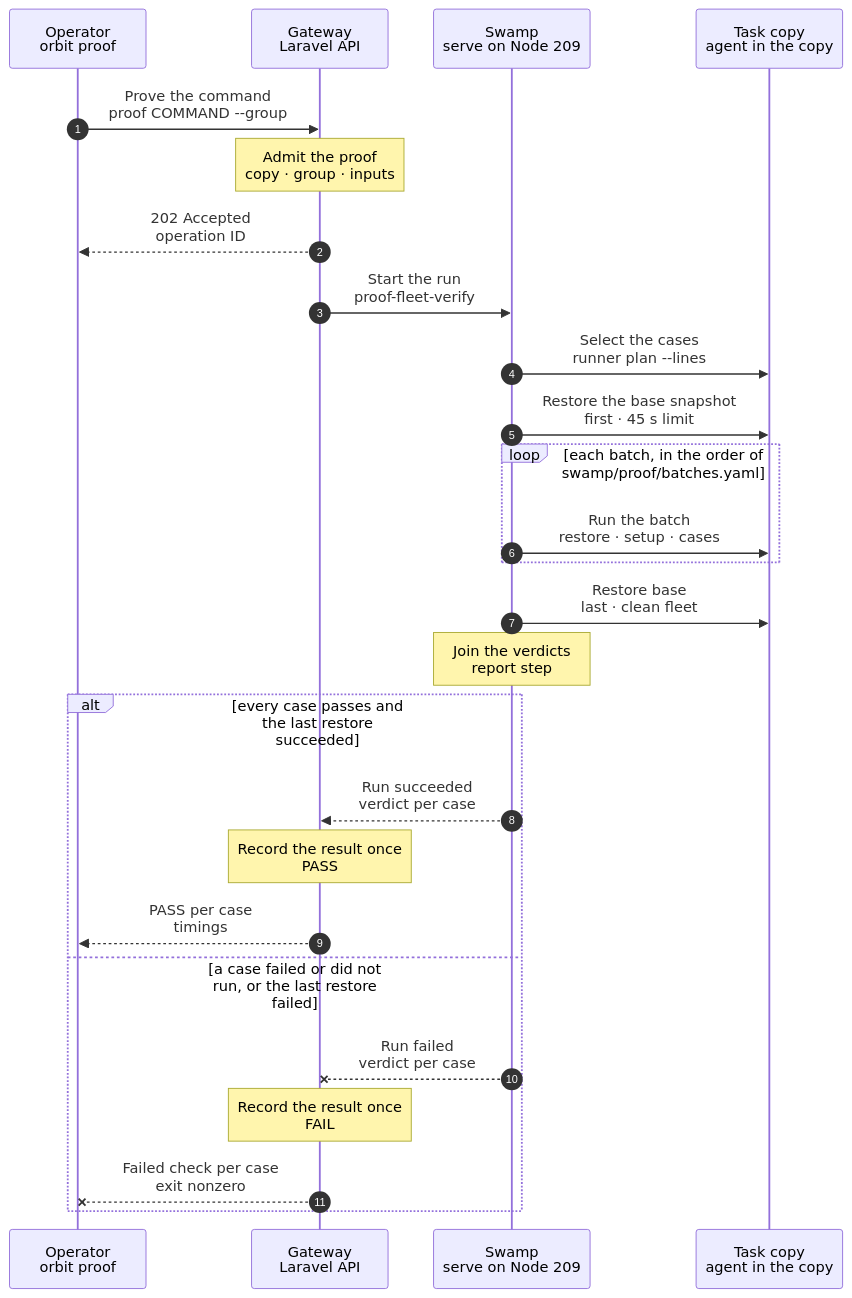
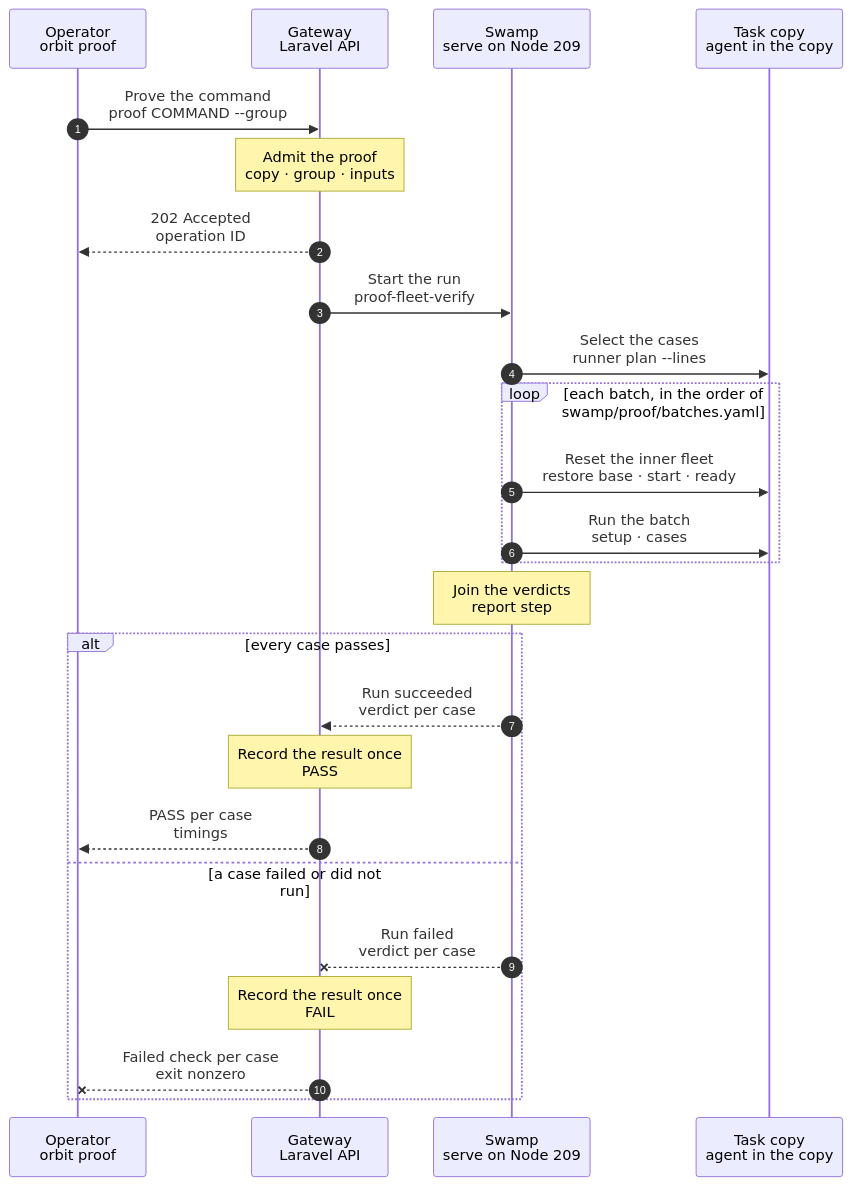
The diagram in docs/cli/proof/proof.mmd (hardimpactdev/orbit), drawn with Mermaid before and after one commit. The commit also changed 3 other files, not shown here.

First line of the commit message:
docs(proof): a copy's proof resets its inner fleet before every batch

```diff
--- a/docs/cli/proof/proof.mmd
+++ b/docs/cli/proof/proof.mmd
@@ -1,55 +1,58 @@
 sequenceDiagram
-  %% Target design: `orbit proof COMMAND`, the first step of stage 3 of the command development pipeline. The author proves one command in the task copy they work in, with the nested fleet that copy already has and no new copy. The Gateway records the intent and the verdicts; Orbit's own Swamp reaches the copy through its Node and runs the runner in it as `agent`, restores `base` first and leaves a clean fleet after. `proof:run` is the CI path.
+  %% Target design: `orbit proof COMMAND`, the first step of stage 3 of the command development pipeline. The author proves one command in the task copy they work in, with the nested fleet that copy already has and no new copy. The Gateway records the intent and the verdicts; Orbit's own Swamp reaches the copy through its Node and runs the runner in it as `agent`, and resets the copy's inner fleet to `base` before every batch. `proof:run` is the CI path.
   %% status: draft
   %% command: proof
   %% kind: proof.verify
   autonumber
   %% lane CLI icon=terminal pill=caller tone=gray
   %% lane GW icon=gateway pill=intent tone=blue
   %% lane SW icon=workflow pill=executes tone=green
   %% lane CP icon=server pill=target tone=purple
   participant CLI as Operator<br/>orbit proof
   participant GW as Gateway<br/>Laravel API
   participant SW as Swamp<br/>serve on Node 209
   participant CP as Task copy<br/>agent in the copy
   CLI->>GW: Prove the command<br/>proof COMMAND --group
   %%> Requirements:
   %%> - the route needs Gateway access, which no copy holds; a Node with Gateway access names the group
   %%> - the cases come from the copy's own checkout, so they run against the code the author has now, committed or not
   Note over GW: Admit the proof<br/>copy · group · inputs
   %%> What it records:
-  %%> - the copy's Incus project and container, its Node as the SSH target and the cases file; no secret, and no step calls back
+  %%> - the copy's Incus project and container, its Node as the SSH target, the copy's inner fleet and the cases file; no secret, and no step calls back
   %%> Refuses:
   %%> - a copy whose last completion failed: `tasks.copy_completion_failed`, with its Operation, failed step, error code and the retry `orbit instance:complete ID`
+  %%> - an Instance that is not a clone that keeps its nested fleet, such as a Project's default: `proof.copy_fleet_missing`; the reset never runs on it
   %%> - a group without a copy, a copy that is not active or not running, a Project without a nested fleet, a copy turn that may still run, or another operation on the group
-  %%> - a copy where a proof or an agent turn already ran, until a copy can restore `base`
   GW-->>CLI: 202 Accepted<br/>operation ID
   GW->>SW: Start the run<br/>proof-fleet-verify
   SW->>CP: Select the cases<br/>runner plan --lines
   %%> What it does:
   %%> - every runner call goes Node SSH, `incus exec` into the copy, `runuser -u agent`, as a copy turn does; a missing or invalid cases file fails the run here, before the fleet changes
-  SW->>CP: Restore the base snapshot<br/>first · 45 s limit
-  %%> Why:
-  %%> - the author's fleet may have moved since the copy started
   loop each batch, in the order of swamp/proof/batches.yaml
-    SW->>CP: Run the batch<br/>restore · setup · cases
+    SW->>CP: Reset the inner fleet<br/>restore base · start · ready
+    %%> Why:
+    %%> - the author's fleet may have moved since the copy started, and cases undo nothing, so every batch, the first included, starts from `base`; a copy can prove again
     %%> What it does:
-    %%> - one restore of `base` per batch but the first, the batch start state, then each case with its own resources and no undo
+    %%> - the fleet reset of the copy's container, from its Node: stop the three nested containers, restore `base` of each, start them, migrate the nested Gateway forward, wait for a healthy Doctor
+    %%> When:
+    %%> - before each batch, never after the last: the fleet keeps what the cases left for the author to read, and the next proof resets first
+    %%> Fails:
+    %%> - a failed reset stops the run: the cases of this batch and of every later batch are `unrun` with cause `infrastructure`
+    SW->>CP: Run the batch<br/>setup · cases
+    %%> What it does:
+    %%> - the batch start state, then each case with its own resources and no undo
   end
-  SW->>CP: Restore base<br/>last · clean fleet
-  %%> When:
-  %%> - also after a failed case or a stopped run; a cancelled run leaves the fleet as it is
   Note over SW: Join the verdicts<br/>report step
   %%> What it does:
   %%> - one line a case, in plan order; a case of a batch that did not run is `unrun` with cause `infrastructure`
-  alt every case passes and the last restore succeeded
+  alt every case passes
     SW-->>GW: Run succeeded<br/>verdict per case
     Note over GW: Record the result once<br/>PASS
     GW-->>CLI: PASS per case<br/>timings
-  else a case failed or did not run, or the last restore failed
+  else a case failed or did not run
     SW--xGW: Run failed<br/>verdict per case
     Note over GW: Record the result once<br/>FAIL
     GW--xCLI: Failed check per case<br/>exit nonzero
     %%> Result:
-    %%> - `proof.cases_failed`, `proof.run_failed` or `proof.restore_failed`; the receipt of each case stays in the copy's evidence directory
+    %%> - `proof.cases_failed` or `proof.run_failed`; the receipt of each case stays in the copy's evidence directory
   end
```
